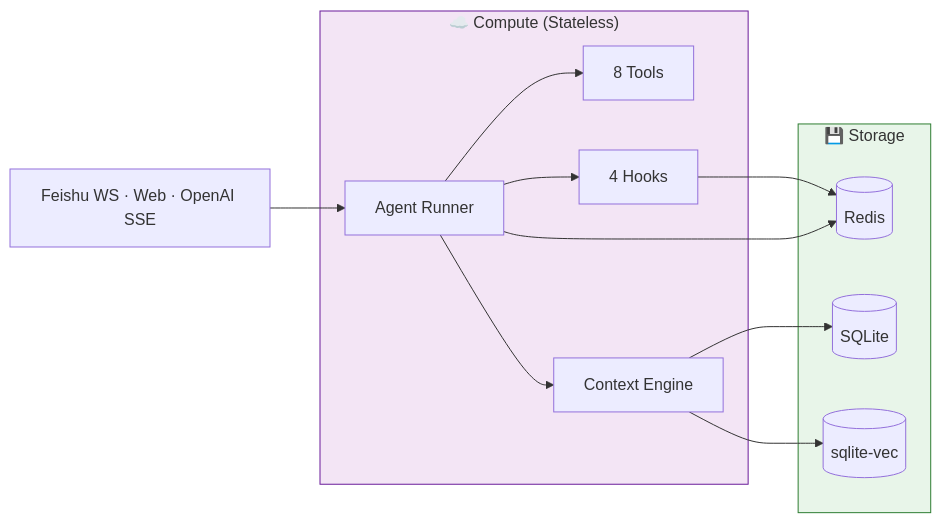
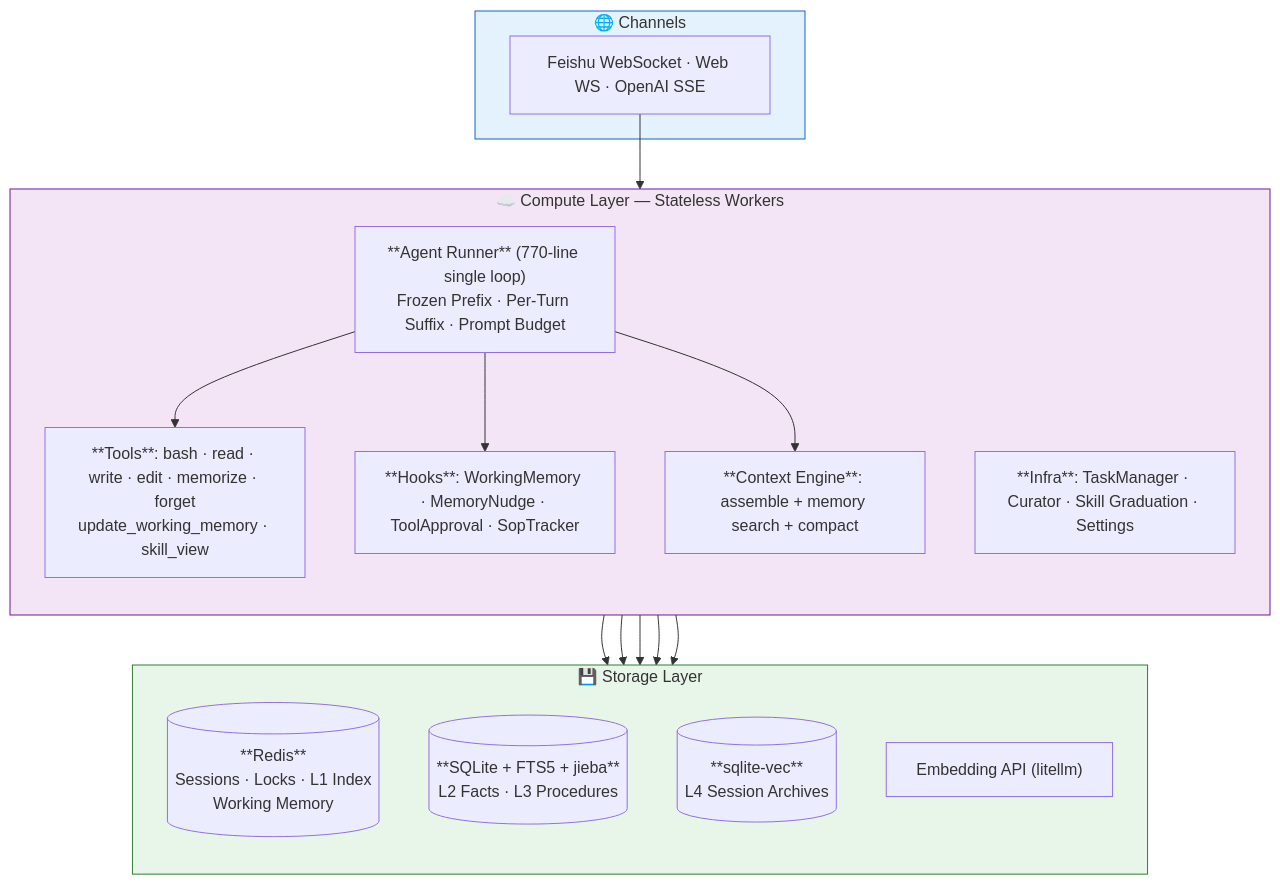
Before and after one commit to Timeflys2018/pyclaw: the third of 4 diagrams in README.md, drawn with Mermaid. The commit also changed 1 other file, not shown here.

Commit message:
docs: 完善架构图内容（列出具体工具/Hook/组件名称）

````diff
--- a/README.md
+++ b/README.md
@@ -176,23 +176,37 @@
 ```mermaid
-graph LR
-    subgraph Compute["☁️ Compute (Stateless)"]
-        Runner[Agent Runner] --> Tools[8 Tools]
-        Runner --> Hooks[4 Hooks]
-        Runner --> CE[Context Engine]
+graph TB
+    subgraph Channels["🌐 Channels"]
+        CH[Feishu WebSocket · Web WS · OpenAI SSE]
     end
 
-    subgraph Storage["💾 Storage"]
-        Redis[(Redis)]
-        SQLite[(SQLite)]
-        Vec[(sqlite-vec)]
+    subgraph Compute["☁️ Compute Layer — Stateless Workers"]
+        direction TB
+        Runner["**Agent Runner** (770-line single loop)<br/>Frozen Prefix · Per-Turn Suffix · Prompt Budget"]
+        Tools["**Tools**: bash · read · write · edit · memorize · forget<br/>update_working_memory · skill_view"]
+        Hooks["**Hooks**: WorkingMemory · MemoryNudge · ToolApproval · SopTracker"]
+        CE["**Context Engine**: assemble + memory search + compact"]
+        Infra["**Infra**: TaskManager · Curator · Skill Graduation · Settings"]
     end
 
-    Channels[Feishu WS · Web · OpenAI SSE] --> Runner
-    CE --> SQLite
+    subgraph Storage["💾 Storage Layer"]
+        direction TB
+        Redis[("**Redis**<br/>Sessions · Locks · L1 Index<br/>Working Memory")]
+        Memory[("**SQLite + FTS5 + jieba**<br/>L2 Facts · L3 Procedures")]
+        Vec[("**sqlite-vec**<br/>L4 Session Archives")]
+        Embed["Embedding API (litellm)"]
+    end
+
+    CH --> Runner
+    Runner --> Tools
+    Runner --> Hooks
+    Runner --> CE
+    Hooks --> Redis
+    CE --> Memory
     CE --> Vec
-    Hooks --> Redis
-    Runner --> Redis
+    CE --> Embed
+    Infra --> Redis
 
+    style Channels fill:#e3f2fd,stroke:#1565c0
     style Compute fill:#f3e5f5,stroke:#6a1b9a
     style Storage fill:#e8f5e9,stroke:#2e7d32
 ```
````
